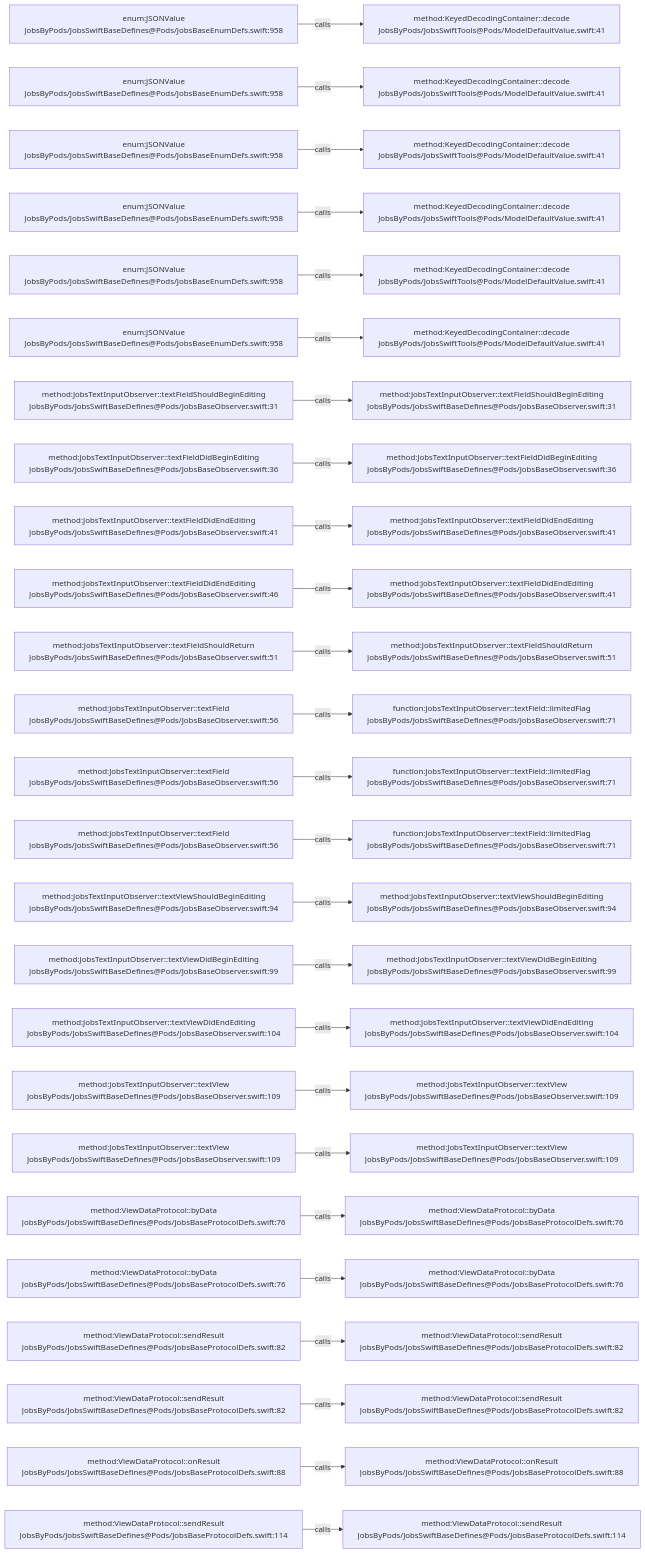
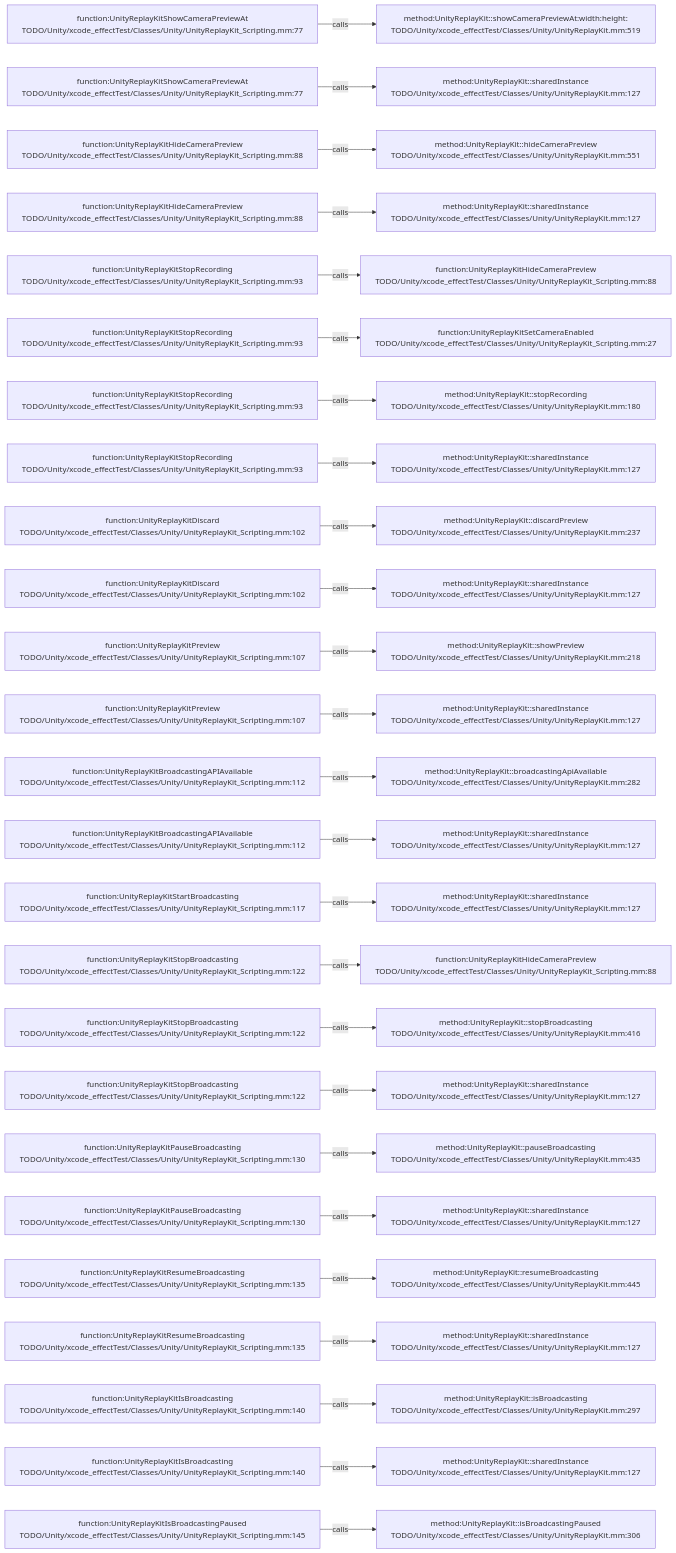
The diagram in .codegraph/codegraph.md/graphs/calls-044.md (JobsKits/JobsSwiftBaseConfigDemo), drawn with Mermaid before and after one commit. The commit also changed 227 other files, not shown here.

````diff
--- a/.codegraph/codegraph.md/graphs/calls-044.md
+++ b/.codegraph/codegraph.md/graphs/calls-044.md
@@ -13,78 +13,78 @@
 ```mermaid
 flowchart LR
-  S1["enum:JSONValue<br/>JobsByPods/JobsSwiftBaseDefines@Pods/JobsBaseEnumDefs.swift:958"]
-  T1["method:KeyedDecodingContainer::decode<br/>JobsByPods/JobsSwiftTools@Pods/ModelDefaultValue.swift:41"]
+  S1["function:UnityReplayKitShowCameraPreviewAt<br/>TODO/Unity/xcode_effectTest/Classes/Unity/UnityReplayKit_Scripting.mm:77"]
+  T1["method:UnityReplayKit::showCameraPreviewAt:width:height:<br/>TODO/Unity/xcode_effectTest/Classes/Unity/UnityReplayKit.mm:519"]
   S1 -->|calls| T1
-  S2["enum:JSONValue<br/>JobsByPods/JobsSwiftBaseDefines@Pods/JobsBaseEnumDefs.swift:958"]
-  T2["method:KeyedDecodingContainer::decode<br/>JobsByPods/JobsSwiftTools@Pods/ModelDefaultValue.swift:41"]
+  S2["function:UnityReplayKitShowCameraPreviewAt<br/>TODO/Unity/xcode_effectTest/Classes/Unity/UnityReplayKit_Scripting.mm:77"]
+  T2["method:UnityReplayKit::sharedInstance<br/>TODO/Unity/xcode_effectTest/Classes/Unity/UnityReplayKit.mm:127"]
   S2 -->|calls| T2
-  S3["enum:JSONValue<br/>JobsByPods/JobsSwiftBaseDefines@Pods/JobsBaseEnumDefs.swift:958"]
-  T3["method:KeyedDecodingContainer::decode<br/>JobsByPods/JobsSwiftTools@Pods/ModelDefaultValue.swift:41"]
+  S3["function:UnityReplayKitHideCameraPreview<br/>TODO/Unity/xcode_effectTest/Classes/Unity/UnityReplayKit_Scripting.mm:88"]
+  T3["method:UnityReplayKit::hideCameraPreview<br/>TODO/Unity/xcode_effectTest/Classes/Unity/UnityReplayKit.mm:551"]
   S3 -->|calls| T3
-  S4["enum:JSONValue<br/>JobsByPods/JobsSwiftBaseDefines@Pods/JobsBaseEnumDefs.swift:958"]
-  T4["method:KeyedDecodingContainer::decode<br/>JobsByPods/JobsSwiftTools@Pods/ModelDefaultValue.swift:41"]
+  S4["function:UnityReplayKitHideCameraPreview<br/>TODO/Unity/xcode_effectTest/Classes/Unity/UnityReplayKit_Scripting.mm:88"]
+  T4["method:UnityReplayKit::sharedInstance<br/>TODO/Unity/xcode_effectTest/Classes/Unity/UnityReplayKit.mm:127"]
   S4 -->|calls| T4
-  S5["enum:JSONValue<br/>JobsByPods/JobsSwiftBaseDefines@Pods/JobsBaseEnumDefs.swift:958"]
-  T5["method:KeyedDecodingContainer::decode<br/>JobsByPods/JobsSwiftTools@Pods/ModelDefaultValue.swift:41"]
+  S5["function:UnityReplayKitStopRecording<br/>TODO/Unity/xcode_effectTest/Classes/Unity/UnityReplayKit_Scripting.mm:93"]
+  T5["function:UnityReplayKitHideCameraPreview<br/>TODO/Unity/xcode_effectTest/Classes/Unity/UnityReplayKit_Scripting.mm:88"]
   S5 -->|calls| T5
-  S6["enum:JSONValue<br/>JobsByPods/JobsSwiftBaseDefines@Pods/JobsBaseEnumDefs.swift:958"]
-  T6["method:KeyedDecodingContainer::decode<br/>JobsByPods/JobsSwiftTools@Pods/ModelDefaultValue.swift:41"]
+  S6["function:UnityReplayKitStopRecording<br/>TODO/Unity/xcode_effectTest/Classes/Unity/UnityReplayKit_Scripting.mm:93"]
+  T6["function:UnityReplayKitSetCameraEnabled<br/>TODO/Unity/xcode_effectTest/Classes/Unity/UnityReplayKit_Scripting.mm:27"]
   S6 -->|calls| T6
-  S7["method:JobsTextInputObserver::textFieldShouldBeginEditing<br/>JobsByPods/JobsSwiftBaseDefines@Pods/JobsBaseObserver.swift:31"]
-  T7["method:JobsTextInputObserver::textFieldShouldBeginEditing<br/>JobsByPods/JobsSwiftBaseDefines@Pods/JobsBaseObserver.swift:31"]
+  S7["function:UnityReplayKitStopRecording<br/>TODO/Unity/xcode_effectTest/Classes/Unity/UnityReplayKit_Scripting.mm:93"]
+  T7["method:UnityReplayKit::stopRecording<br/>TODO/Unity/xcode_effectTest/Classes/Unity/UnityReplayKit.mm:180"]
   S7 -->|calls| T7
-  S8["method:JobsTextInputObserver::textFieldDidBeginEditing<br/>JobsByPods/JobsSwiftBaseDefines@Pods/JobsBaseObserver.swift:36"]
-  T8["method:JobsTextInputObserver::textFieldDidBeginEditing<br/>JobsByPods/JobsSwiftBaseDefines@Pods/JobsBaseObserver.swift:36"]
+  S8["function:UnityReplayKitStopRecording<br/>TODO/Unity/xcode_effectTest/Classes/Unity/UnityReplayKit_Scripting.mm:93"]
+  T8["method:UnityReplayKit::sharedInstance<br/>TODO/Unity/xcode_effectTest/Classes/Unity/UnityReplayKit.mm:127"]
   S8 -->|calls| T8
-  S9["method:JobsTextInputObserver::textFieldDidEndEditing<br/>JobsByPods/JobsSwiftBaseDefines@Pods/JobsBaseObserver.swift:41"]
-  T9["method:JobsTextInputObserver::textFieldDidEndEditing<br/>JobsByPods/JobsSwiftBaseDefines@Pods/JobsBaseObserver.swift:41"]
+  S9["function:UnityReplayKitDiscard<br/>TODO/Unity/xcode_effectTest/Classes/Unity/UnityReplayKit_Scripting.mm:102"]
+  T9["method:UnityReplayKit::discardPreview<br/>TODO/Unity/xcode_effectTest/Classes/Unity/UnityReplayKit.mm:237"]
   S9 -->|calls| T9
-  S10["method:JobsTextInputObserver::textFieldDidEndEditing<br/>JobsByPods/JobsSwiftBaseDefines@Pods/JobsBaseObserver.swift:46"]
-  T10["method:JobsTextInputObserver::textFieldDidEndEditing<br/>JobsByPods/JobsSwiftBaseDefines@Pods/JobsBaseObserver.swift:41"]
+  S10["function:UnityReplayKitDiscard<br/>TODO/Unity/xcode_effectTest/Classes/Unity/UnityReplayKit_Scripting.mm:102"]
+  T10["method:UnityReplayKit::sharedInstance<br/>TODO/Unity/xcode_effectTest/Classes/Unity/UnityReplayKit.mm:127"]
   S10 -->|calls| T10
-  S11["method:JobsTextInputObserver::textFieldShouldReturn<br/>JobsByPods/JobsSwiftBaseDefines@Pods/JobsBaseObserver.swift:51"]
-  T11["method:JobsTextInputObserver::textFieldShouldReturn<br/>JobsByPods/JobsSwiftBaseDefines@Pods/JobsBaseObserver.swift:51"]
+  S11["function:UnityReplayKitPreview<br/>TODO/Unity/xcode_effectTest/Classes/Unity/UnityReplayKit_Scripting.mm:107"]
+  T11["method:UnityReplayKit::showPreview<br/>TODO/Unity/xcode_effectTest/Classes/Unity/UnityReplayKit.mm:218"]
   S11 -->|calls| T11
-  S12["method:JobsTextInputObserver::textField<br/>JobsByPods/JobsSwiftBaseDefines@Pods/JobsBaseObserver.swift:56"]
-  T12["function:JobsTextInputObserver::textField::limitedFlag<br/>JobsByPods/JobsSwiftBaseDefines@Pods/JobsBaseObserver.swift:71"]
+  S12["function:UnityReplayKitPreview<br/>TODO/Unity/xcode_effectTest/Classes/Unity/UnityReplayKit_Scripting.mm:107"]
+  T12["method:UnityReplayKit::sharedInstance<br/>TODO/Unity/xcode_effectTest/Classes/Unity/UnityReplayKit.mm:127"]
   S12 -->|calls| T12
-  S13["method:JobsTextInputObserver::textField<br/>JobsByPods/JobsSwiftBaseDefines@Pods/JobsBaseObserver.swift:56"]
-  T13["function:JobsTextInputObserver::textField::limitedFlag<br/>JobsByPods/JobsSwiftBaseDefines@Pods/JobsBaseObserver.swift:71"]
+  S13["function:UnityReplayKitBroadcastingAPIAvailable<br/>TODO/Unity/xcode_effectTest/Classes/Unity/UnityReplayKit_Scripting.mm:112"]
+  T13["method:UnityReplayKit::broadcastingApiAvailable<br/>TODO/Unity/xcode_effectTest/Classes/Unity/UnityReplayKit.mm:282"]
   S13 -->|calls| T13
-  S14["method:JobsTextInputObserver::textField<br/>JobsByPods/JobsSwiftBaseDefines@Pods/JobsBaseObserver.swift:56"]
-  T14["function:JobsTextInputObserver::textField::limitedFlag<br/>JobsByPods/JobsSwiftBaseDefines@Pods/JobsBaseObserver.swift:71"]
+  S14["function:UnityReplayKitBroadcastingAPIAvailable<br/>TODO/Unity/xcode_effectTest/Classes/Unity/UnityReplayKit_Scripting.mm:112"]
+  T14["method:UnityReplayKit::sharedInstance<br/>TODO/Unity/xcode_effectTest/Classes/Unity/UnityReplayKit.mm:127"]
   S14 -->|calls| T14
-  S15["method:JobsTextInputObserver::textViewShouldBeginEditing<br/>JobsByPods/JobsSwiftBaseDefines@Pods/JobsBaseObserver.swift:94"]
-  T15["method:JobsTextInputObserver::textViewShouldBeginEditing<br/>JobsByPods/JobsSwiftBaseDefines@Pods/JobsBaseObserver.swift:94"]
+  S15["function:UnityReplayKitStartBroadcasting<br/>TODO/Unity/xcode_effectTest/Classes/Unity/UnityReplayKit_Scripting.mm:117"]
+  T15["method:UnityReplayKit::sharedInstance<br/>TODO/Unity/xcode_effectTest/Classes/Unity/UnityReplayKit.mm:127"]
   S15 -->|calls| T15
-  S16["method:JobsTextInputObserver::textViewDidBeginEditing<br/>JobsByPods/JobsSwiftBaseDefines@Pods/JobsBaseObserver.swift:99"]
-  T16["method:JobsTextInputObserver::textViewDidBeginEditing<br/>JobsByPods/JobsSwiftBaseDefines@Pods/JobsBaseObserver.swift:99"]
+  S16["function:UnityReplayKitStopBroadcasting<br/>TODO/Unity/xcode_effectTest/Classes/Unity/UnityReplayKit_Scripting.mm:122"]
+  T16["function:UnityReplayKitHideCameraPreview<br/>TODO/Unity/xcode_effectTest/Classes/Unity/UnityReplayKit_Scripting.mm:88"]
   S16 -->|calls| T16
-  S17["method:JobsTextInputObserver::textViewDidEndEditing<br/>JobsByPods/JobsSwiftBaseDefines@Pods/JobsBaseObserver.swift:104"]
-  T17["method:JobsTextInputObserver::textViewDidEndEditing<br/>JobsByPods/JobsSwiftBaseDefines@Pods/JobsBaseObserver.swift:104"]
+  S17["function:UnityReplayKitStopBroadcasting<br/>TODO/Unity/xcode_effectTest/Classes/Unity/UnityReplayKit_Scripting.mm:122"]
+  T17["method:UnityReplayKit::stopBroadcasting<br/>TODO/Unity/xcode_effectTest/Classes/Unity/UnityReplayKit.mm:416"]
   S17 -->|calls| T17
-  S18["method:JobsTextInputObserver::textView<br/>JobsByPods/JobsSwiftBaseDefines@Pods/JobsBaseObserver.swift:109"]
-  T18["method:JobsTextInputObserver::textView<br/>JobsByPods/JobsSwiftBaseDefines@Pods/JobsBaseObserver.swift:109"]
+  S18["function:UnityReplayKitStopBroadcasting<br/>TODO/Unity/xcode_effectTest/Classes/Unity/UnityReplayKit_Scripting.mm:122"]
+  T18["method:UnityReplayKit::sharedInstance<br/>TODO/Unity/xcode_effectTest/Classes/Unity/UnityReplayKit.mm:127"]
   S18 -->|calls| T18
-  S19["method:JobsTextInputObserver::textView<br/>JobsByPods/JobsSwiftBaseDefines@Pods/JobsBaseObserver.swift:109"]
-  T19["method:JobsTextInputObserver::textView<br/>JobsByPods/JobsSwiftBaseDefines@Pods/JobsBaseObserver.swift:109"]
+  S19["function:UnityReplayKitPauseBroadcasting<br/>TODO/Unity/xcode_effectTest/Classes/Unity/UnityReplayKit_Scripting.mm:130"]
+  T19["method:UnityReplayKit::pauseBroadcasting<br/>TODO/Unity/xcode_effectTest/Classes/Unity/UnityReplayKit.mm:435"]
   S19 -->|calls| T19
-  S20["method:ViewDataProtocol::byData<br/>JobsByPods/JobsSwiftBaseDefines@Pods/JobsBaseProtocolDefs.swift:76"]
-  T20["method:ViewDataProtocol::byData<br/>JobsByPods/JobsSwiftBaseDefines@Pods/JobsBaseProtocolDefs.swift:76"]
+  S20["function:UnityReplayKitPauseBroadcasting<br/>TODO/Unity/xcode_effectTest/Classes/Unity/UnityReplayKit_Scripting.mm:130"]
+  T20["method:UnityReplayKit::sharedInstance<br/>TODO/Unity/xcode_effectTest/Classes/Unity/UnityReplayKit.mm:127"]
   S20 -->|calls| T20
-  S21["method:ViewDataProtocol::byData<br/>JobsByPods/JobsSwiftBaseDefines@Pods/JobsBaseProtocolDefs.swift:76"]
-  T21["method:ViewDataProtocol::byData<br/>JobsByPods/JobsSwiftBaseDefines@Pods/JobsBaseProtocolDefs.swift:76"]
+  S21["function:UnityReplayKitResumeBroadcasting<br/>TODO/Unity/xcode_effectTest/Classes/Unity/UnityReplayKit_Scripting.mm:135"]
+  T21["method:UnityReplayKit::resumeBroadcasting<br/>TODO/Unity/xcode_effectTest/Classes/Unity/UnityReplayKit.mm:445"]
   S21 -->|calls| T21
-  S22["method:ViewDataProtocol::sendResult<br/>JobsByPods/JobsSwiftBaseDefines@Pods/JobsBaseProtocolDefs.swift:82"]
-  T22["method:ViewDataProtocol::sendResult<br/>JobsByPods/JobsSwiftBaseDefines@Pods/JobsBaseProtocolDefs.swift:82"]
+  S22["function:UnityReplayKitResumeBroadcasting<br/>TODO/Unity/xcode_effectTest/Classes/Unity/UnityReplayKit_Scripting.mm:135"]
+  T22["method:UnityReplayKit::sharedInstance<br/>TODO/Unity/xcode_effectTest/Classes/Unity/UnityReplayKit.mm:127"]
   S22 -->|calls| T22
-  S23["method:ViewDataProtocol::sendResult<br/>JobsByPods/JobsSwiftBaseDefines@Pods/JobsBaseProtocolDefs.swift:82"]
-  T23["method:ViewDataProtocol::sendResult<br/>JobsByPods/JobsSwiftBaseDefines@Pods/JobsBaseProtocolDefs.swift:82"]
+  S23["function:UnityReplayKitIsBroadcasting<br/>TODO/Unity/xcode_effectTest/Classes/Unity/UnityReplayKit_Scripting.mm:140"]
+  T23["method:UnityReplayKit::isBroadcasting<br/>TODO/Unity/xcode_effectTest/Classes/Unity/UnityReplayKit.mm:297"]
   S23 -->|calls| T23
-  S24["method:ViewDataProtocol::onResult<br/>JobsByPods/JobsSwiftBaseDefines@Pods/JobsBaseProtocolDefs.swift:88"]
-  T24["method:ViewDataProtocol::onResult<br/>JobsByPods/JobsSwiftBaseDefines@Pods/JobsBaseProtocolDefs.swift:88"]
+  S24["function:UnityReplayKitIsBroadcasting<br/>TODO/Unity/xcode_effectTest/Classes/Unity/UnityReplayKit_Scripting.mm:140"]
+  T24["method:UnityReplayKit::sharedInstance<br/>TODO/Unity/xcode_effectTest/Classes/Unity/UnityReplayKit.mm:127"]
   S24 -->|calls| T24
-  S25["method:ViewDataProtocol::sendResult<br/>JobsByPods/JobsSwiftBaseDefines@Pods/JobsBaseProtocolDefs.swift:114"]
-  T25["method:ViewDataProtocol::sendResult<br/>JobsByPods/JobsSwiftBaseDefines@Pods/JobsBaseProtocolDefs.swift:114"]
+  S25["function:UnityReplayKitIsBroadcastingPaused<br/>TODO/Unity/xcode_effectTest/Classes/Unity/UnityReplayKit_Scripting.mm:145"]
+  T25["method:UnityReplayKit::isBroadcastingPaused<br/>TODO/Unity/xcode_effectTest/Classes/Unity/UnityReplayKit.mm:306"]
   S25 -->|calls| T25
 ```
````
